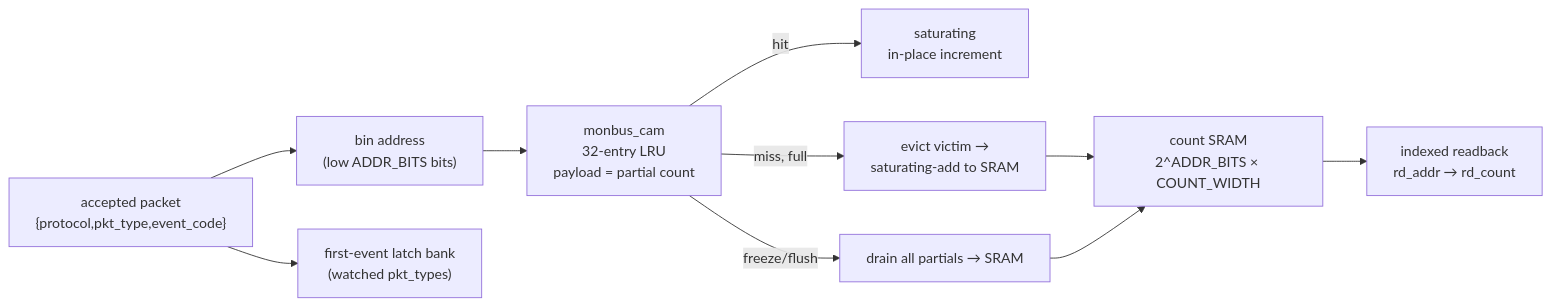
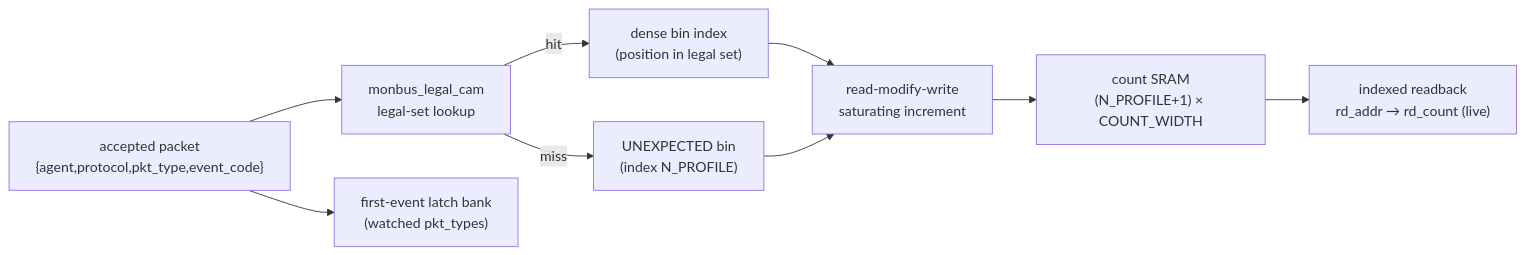
One commit to sean-galloway/RTLDesignSherpa changed the diagram in docs/markdown/rtl-amba/monitor/monbus_pkt_tally.md. Above: the diagram before and after it, drawn with Mermaid. The commit also changed other lines of this file and 21 other files, not shown here.

````diff
--- a/docs/markdown/rtl-amba/monitor/monbus_pkt_tally.md
+++ b/docs/markdown/rtl-amba/monitor/monbus_pkt_tally.md
@@ -74,12 +81,11 @@
 ```mermaid
 flowchart LR
-    IN["accepted packet<br/>{protocol,pkt_type,event_code}"] --> BIN["bin address<br/>(low ADDR_BITS bits)"]
-    BIN --> CACHE["monbus_cam<br/>32-entry LRU<br/>payload = partial count"]
-    CACHE -->|hit| INC["saturating<br/>in-place increment"]
-    CACHE -->|miss, full| EVICT["evict victim →<br/>saturating-add to SRAM"]
-    EVICT --> SRAM["count SRAM<br/>2^ADDR_BITS × COUNT_WIDTH"]
-    CACHE -->|freeze/flush| DRAIN["drain all partials → SRAM"]
-    DRAIN --> SRAM
-    SRAM --> RD["indexed readback<br/>rd_addr → rd_count"]
+    IN["accepted packet<br/>{agent,protocol,pkt_type,event_code}"] --> CAM["monbus_legal_cam<br/>legal-set lookup"]
+    CAM -->|hit| BIN["dense bin index<br/>(position in legal set)"]
+    CAM -->|miss| UNX["UNEXPECTED bin<br/>(index N_PROFILE)"]
+    BIN --> RMW["read-modify-write<br/>saturating increment"]
+    UNX --> RMW
+    RMW --> SRAM["count SRAM<br/>(N_PROFILE+1) × COUNT_WIDTH"]
+    SRAM --> RD["indexed readback<br/>rd_addr → rd_count (live)"]
     IN --> LATCH["first-event latch bank<br/>(watched pkt_types)"]
 ```
````
